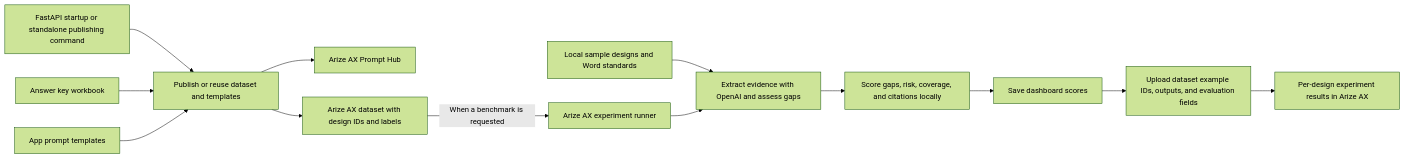
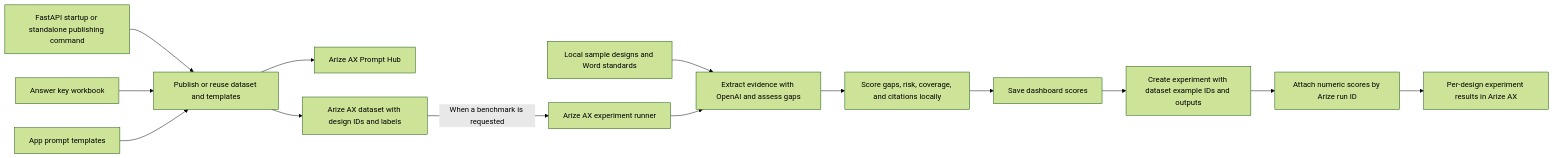
One commit to girisheduru/archgovasst changed the tenth of 13 diagrams in flowdiagrams.md. Above: the diagram before and after it, drawn with Mermaid (forest theme). The commit also changed 8 other files, not shown here.

````diff
--- a/flowdiagrams.md
+++ b/flowdiagrams.md
@@ -261,15 +261,16 @@
 ```mermaid
 flowchart LR
     Startup["FastAPI startup or standalone publishing command"] --> Publisher
     Workbook["Answer key workbook"] --> Publisher["Publish or reuse dataset and templates"]
     Prompts["App prompt templates"] --> Publisher
     Publisher --> Hub["Arize AX Prompt Hub"]
     Publisher --> Dataset["Arize AX dataset with design IDs and labels"]
     Dataset -->|"When a benchmark is requested"| SDK["Arize AX experiment runner"]
     Docs["Local sample designs and Word standards"] --> Review["Extract evidence with OpenAI and assess gaps"]
     SDK --> Review
     Review --> Score["Score gaps, risk, coverage, and citations locally"]
     Score --> Reports["Save dashboard scores"]
-    Reports --> Upload["Upload dataset example IDs, outputs, and evaluation fields"]
-    Upload --> AX["Per-design experiment results in Arize AX"]
+    Reports --> Upload["Create experiment with dataset example IDs and outputs"]
+    Upload --> Annotate["Attach numeric scores by Arize run ID"]
+    Annotate --> AX["Per-design experiment results in Arize AX"]
 ```
````
